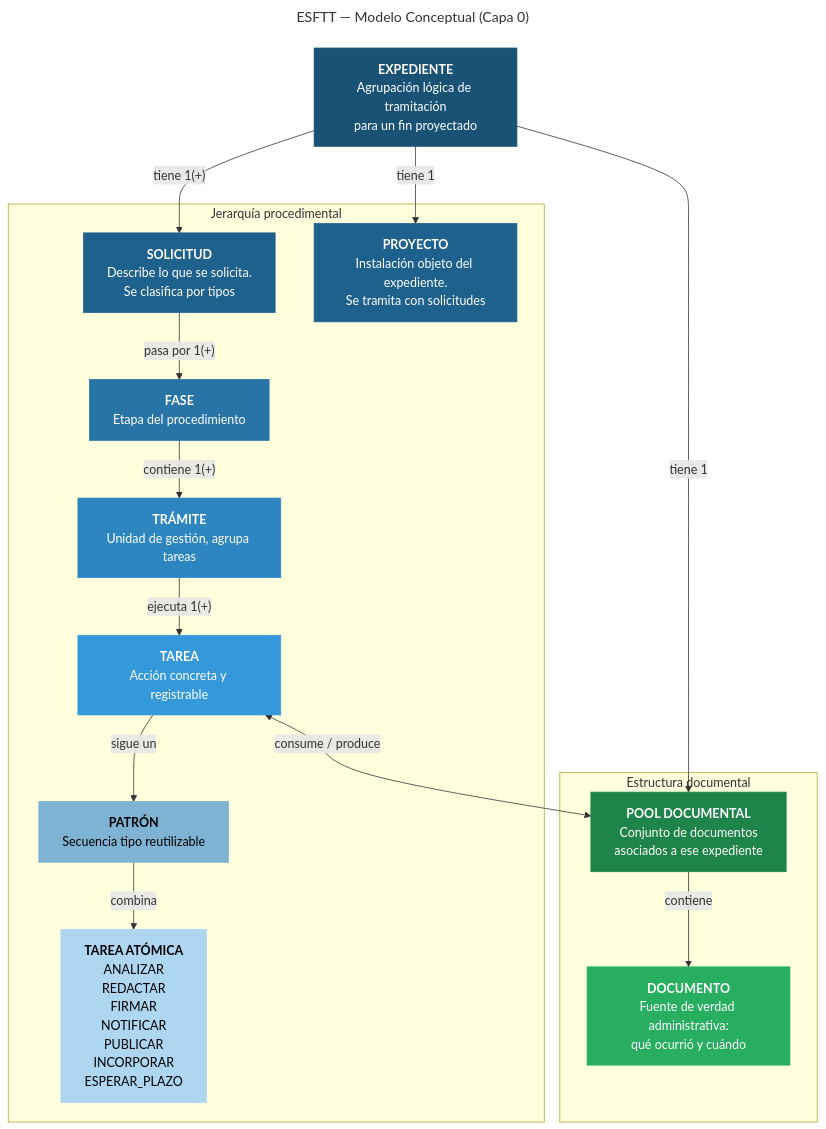
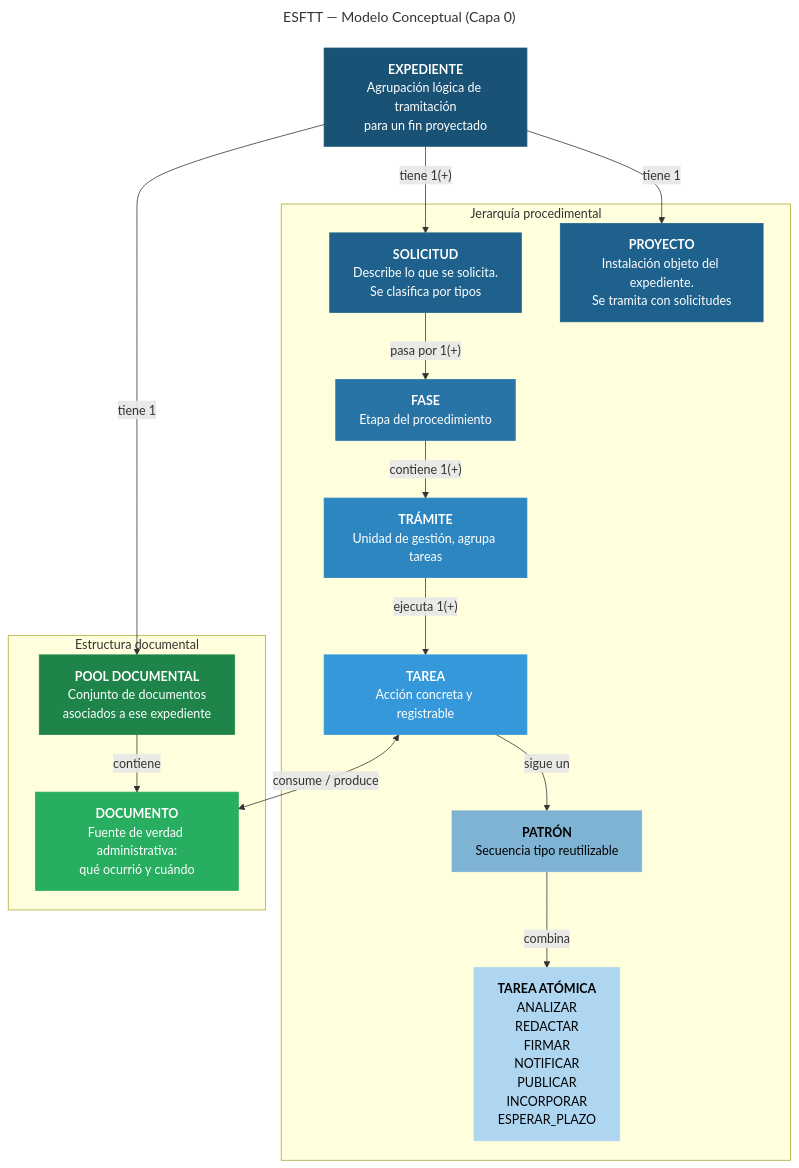
The diagram in docs/diagramas_esftt/capa0_conceptual.mmd (genete/bddat), drawn with Mermaid before and after one commit. The commit also changed 1 other file, not shown here.

Commit message:
[DOCS] #249 Capa 0: flecha TAREA apunta a DOCUMENTO (no a POOL)
La relación operacional es tarea-documento. El pool es solo el contenedor;
la pertenencia ya queda establecida por EXPEDIENTE→POOL.

```diff
--- a/docs/diagramas_esftt/capa0_conceptual.mmd
+++ b/docs/diagramas_esftt/capa0_conceptual.mmd
@@ -1,44 +1,44 @@
 ---
 title: ESFTT — Modelo Conceptual (Capa 0)
 ---
 graph TD
     EXP["<b>EXPEDIENTE</b><br/>Agrupación lógica de tramitación<br/>para un fin proyectado"]
 
     subgraph procedimental["Jerarquía procedimental"]
         SOL["<b>SOLICITUD</b><br/>Describe lo que se solicita.<br/>Se clasifica por tipos"]
         PROY["<b>PROYECTO</b><br/>Instalación objeto del expediente.<br/>Se tramita con solicitudes"]
         FASE["<b>FASE</b><br/>Etapa del procedimiento"]
         TRAM["<b>TRÁMITE</b><br/>Unidad de gestión, agrupa tareas"]
         TAREA["<b>TAREA</b><br/>Acción concreta y registrable"]
         PAT["<b>PATRÓN</b><br/>Secuencia tipo reutilizable"]
         TAT["<b>TAREA ATÓMICA</b><br/>ANALIZAR<br/>REDACTAR<br/>FIRMAR<br/>NOTIFICAR<br/>PUBLICAR<br/>INCORPORAR<br/>ESPERAR_PLAZO"]
     end
 
     subgraph documental["Estructura documental"]
         POOL["<b>POOL DOCUMENTAL</b><br/>Conjunto de documentos<br/>asociados a ese expediente"]
         DOC["<b>DOCUMENTO</b><br/>Fuente de verdad administrativa:<br/>qué ocurrió y cuándo"]
     end
 
     EXP -->|"tiene 1"| PROY
     EXP -->|"tiene 1(+)"| SOL
     EXP -->|"tiene 1"| POOL
 
     SOL -->|"pasa por 1(+)"| FASE
     FASE -->|"contiene 1(+)"| TRAM
     TRAM -->|"ejecuta 1(+)"| TAREA
     TAREA -->|"sigue un"| PAT
     PAT -->|"combina"| TAT
 
     POOL -->|"contiene"| DOC
-    TAREA <-->|"consume / produce"| POOL
+    TAREA <-->|"consume / produce"| DOC
 
     style EXP fill:#1a5276,color:#fff,stroke:#1a5276
     style PROY fill:#1f618d,color:#fff,stroke:#1f618d
     style SOL fill:#1f618d,color:#fff,stroke:#1f618d
     style FASE fill:#2874a6,color:#fff,stroke:#2874a6
     style TRAM fill:#2e86c1,color:#fff,stroke:#2e86c1
     style TAREA fill:#3498db,color:#fff,stroke:#3498db
     style PAT fill:#7fb3d3,color:#000,stroke:#7fb3d3
     style TAT fill:#aed6f1,color:#000,stroke:#aed6f1
     style POOL fill:#1e8449,color:#fff,stroke:#1e8449
     style DOC fill:#27ae60,color:#fff,stroke:#27ae60
```
